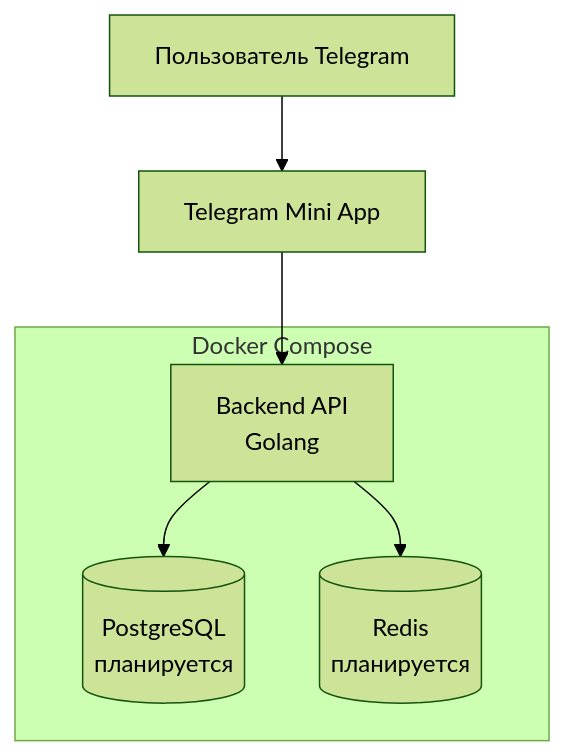
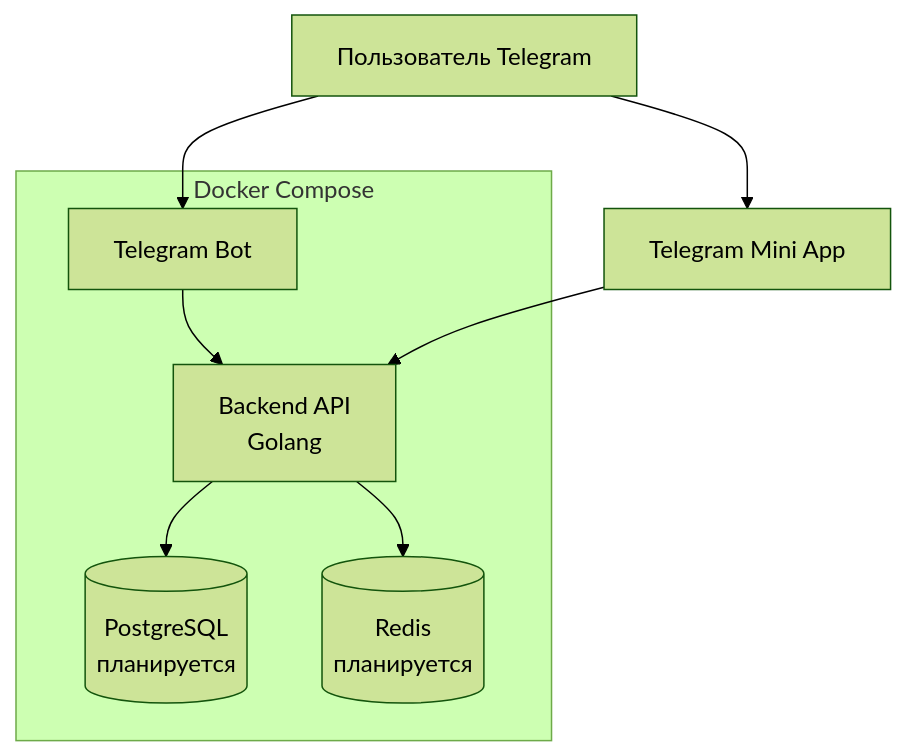
Before and after one commit to dpetrakov/shard_legends: the first of 3 diagrams in docs/architecture/architecture.md, drawn with Mermaid (forest theme). The commit also changed other lines of this file and 24 other files, not shown here.

First line of the commit message:
feat: добавить сервис Telegram Bot и обновить конфигурацию для работы с ним

````diff
--- a/docs/architecture/architecture.md
+++ b/docs/architecture/architecture.md
@@ -28,13 +28,16 @@
 ```mermaid
 graph TB
-    User[Пользователь Telegram] --> TMA[Telegram Mini App]
-    TMA --> API[Backend API<br/>Golang]
+    User[Пользователь Telegram] --> Bot[Telegram Bot]
+    User --> TMA[Telegram Mini App]
+    Bot --> API[Backend API<br/>Golang]
+    TMA --> API
     API --> DB[(PostgreSQL<br/>планируется)]
     API --> Cache[(Redis<br/>планируется)]
     
     subgraph "Docker Compose"
+        Bot
         API
         DB
         Cache
     end
 ```
````
